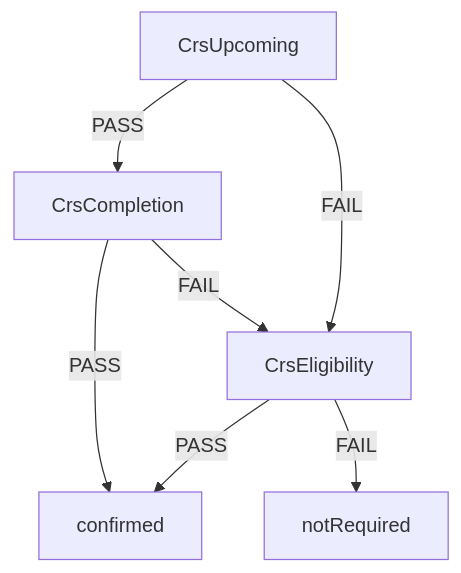
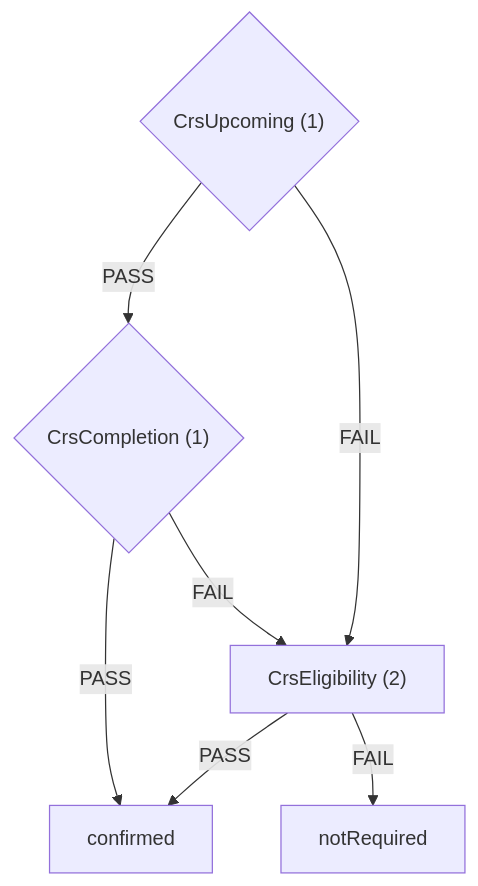
Before and after one commit to ministryofjustice/hmpps-single-accommodation-service-api: the fourth of 6 diagrams in docs/eligibility-rules-graph.md, drawn with Mermaid. The commit also changed other lines of this file and 35 other files, not shown here.

````diff
--- a/docs/eligibility-rules-graph.md
+++ b/docs/eligibility-rules-graph.md
@@ -163,14 +243,14 @@
 ```mermaid
 flowchart TD
-  CrsUpcoming["CrsUpcoming"]
-  CrsCompletion["CrsCompletion"]
+  CrsUpcoming{"CrsUpcoming (1)"}
+  CrsCompletion{"CrsCompletion (1)"}
   confirmed["confirmed"]
-  CrsEligibility["CrsEligibility"]
+  CrsEligibility["CrsEligibility (2)"]
   notRequired["notRequired"]
   CrsEligibility -->|PASS| confirmed
   CrsEligibility -->|FAIL| notRequired
   CrsCompletion -->|PASS| confirmed
   CrsCompletion -->|FAIL| CrsEligibility
   CrsUpcoming -->|PASS| CrsCompletion
   CrsUpcoming -->|FAIL| CrsEligibility
 ```
````
